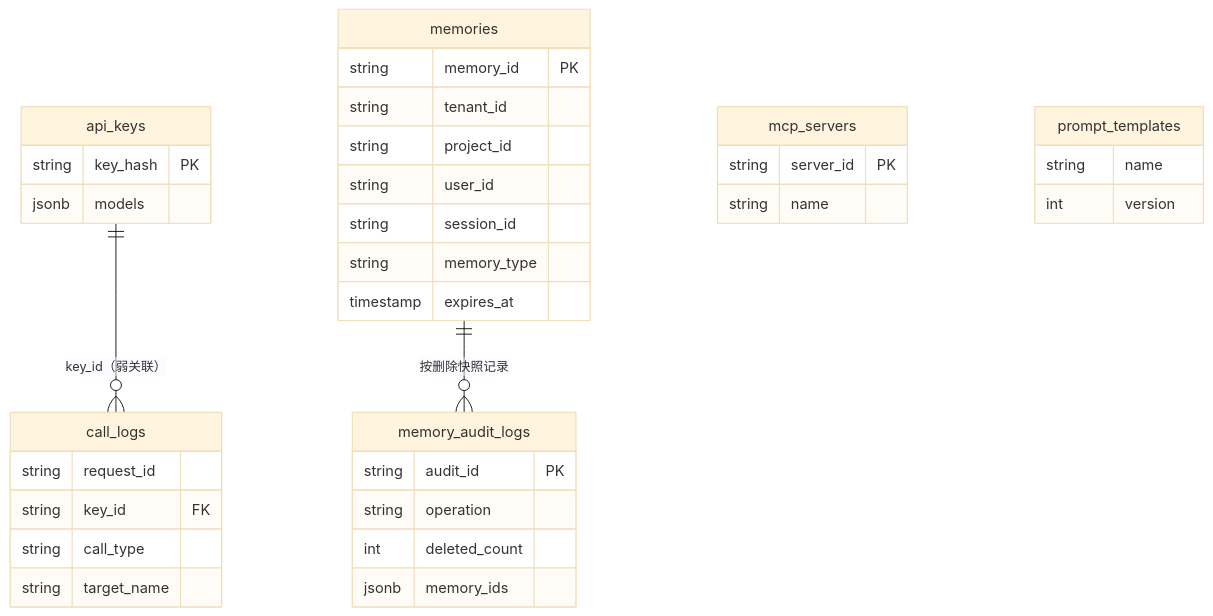
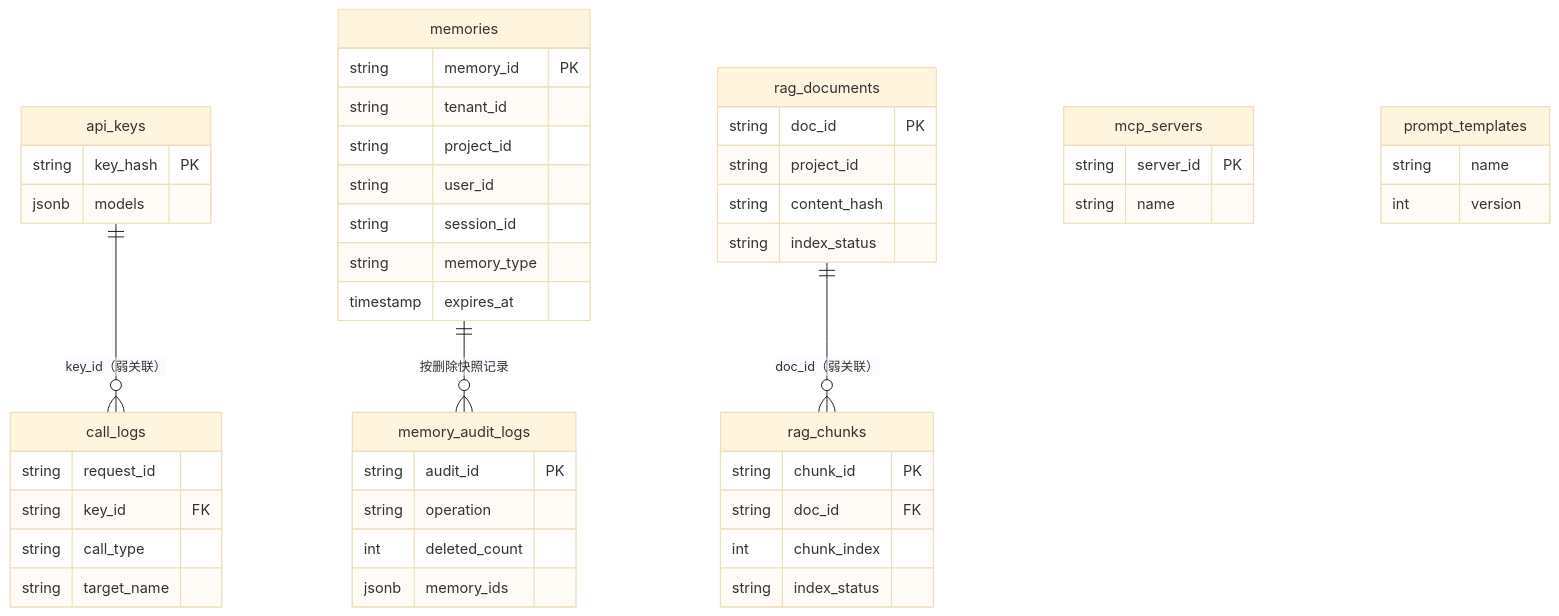
The diagram in ai-workflow/docs/DATA-MODEL.md (learnerQ0751/ai-hub), drawn with Mermaid (base theme) before and after one commit. The commit also changed other lines of this file and 50 other files, not shown here.

````diff
--- a/ai-workflow/docs/DATA-MODEL.md
+++ b/ai-workflow/docs/DATA-MODEL.md
@@ -58,38 +60,51 @@
 ```mermaid
 erDiagram
     api_keys ||--o{ call_logs : "key_id（弱关联）"
     memories ||--o{ memory_audit_logs : "按删除快照记录"
+    rag_documents ||--o{ rag_chunks : "doc_id（弱关联）"
     api_keys {
         string key_hash PK
         jsonb models
     }
     call_logs {
         string request_id
         string key_id FK
         string call_type
         string target_name
     }
     mcp_servers {
         string server_id PK
         string name
     }
     prompt_templates {
         string name
         int version
     }
     memories {
         string memory_id PK
         string tenant_id
         string project_id
         string user_id
         string session_id
         string memory_type
         timestamp expires_at
     }
     memory_audit_logs {
         string audit_id PK
         string operation
         int deleted_count
         jsonb memory_ids
     }
+    rag_documents {
+        string doc_id PK
+        string project_id
+        string content_hash
+        string index_status
+    }
+    rag_chunks {
+        string chunk_id PK
+        string doc_id FK
+        int chunk_index
+        string index_status
+    }
 ```
````
